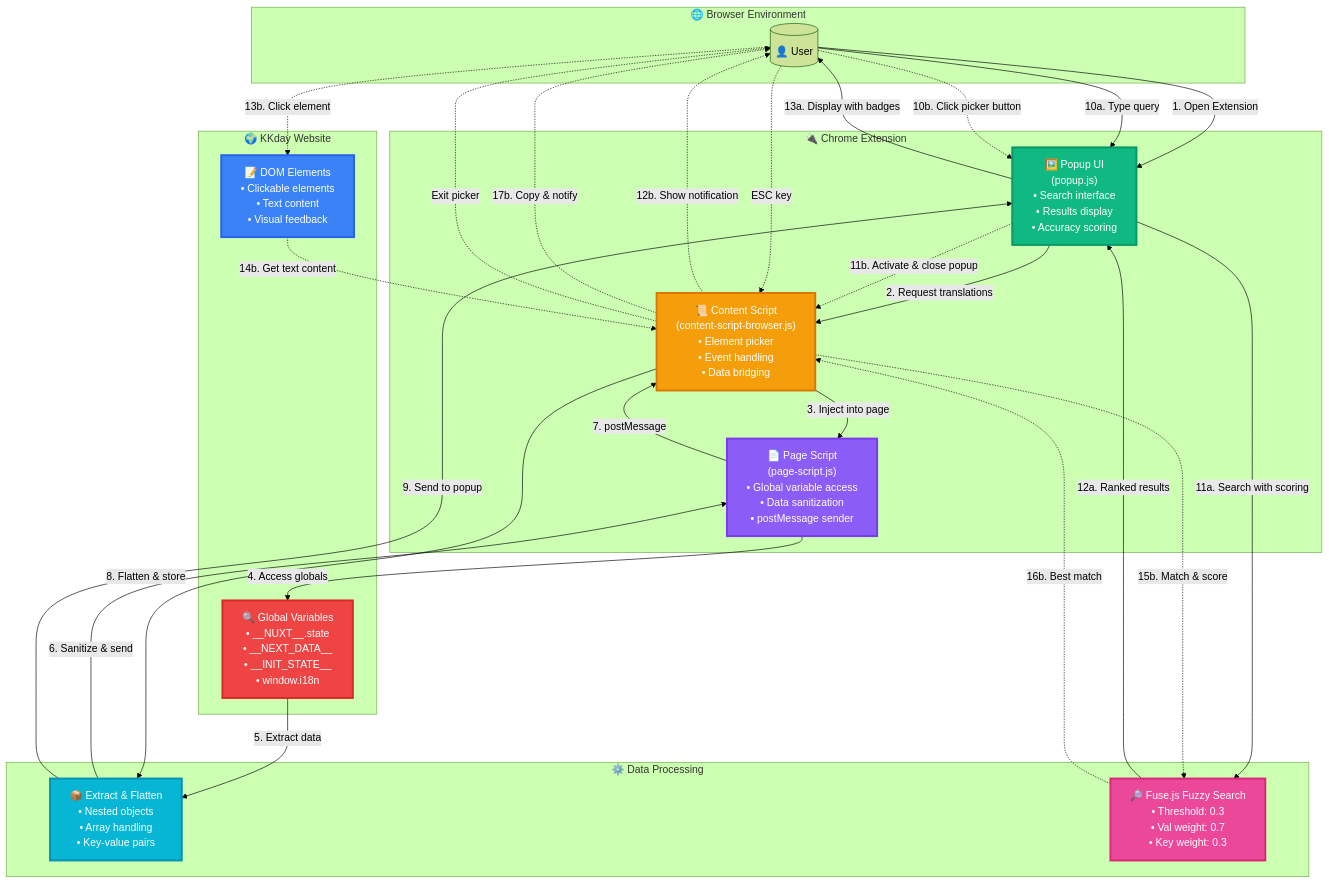
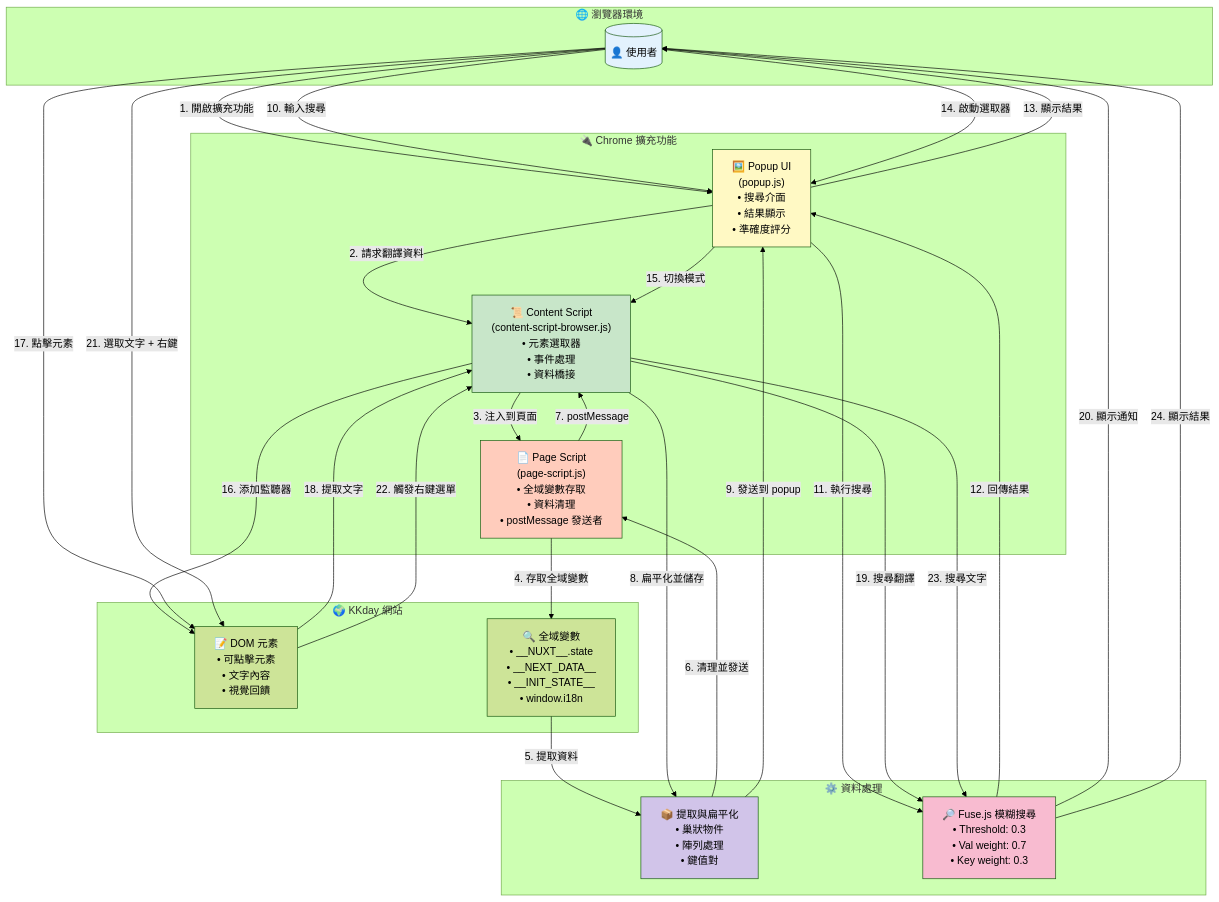
Before and after one commit to b12031106/kkday-lang-key-finder: the diagram in README.md, drawn with Mermaid (forest theme). The commit also changed other lines of this file, not shown here.

````diff
--- a/README.md
+++ b/README.md
@@ -86,61 +86,61 @@
 ```mermaid
 flowchart TB
-    subgraph Browser["🌐 Browser Environment"]
-        User[("👤 User")]
+    subgraph Browser["🌐 瀏覽器環境"]
+        User[("👤 使用者")]
     end
 
-    subgraph Extension["🔌 Chrome Extension"]
-        Popup["🖼️ Popup UI<br/>(popup.js)<br/>• Search interface<br/>• Results display<br/>• Accuracy scoring"]
-        ContentScript["📜 Content Script<br/>(content-script-browser.js)<br/>• Element picker<br/>• Event handling<br/>• Data bridging"]
-        PageScript["📄 Page Script<br/>(page-script.js)<br/>• Global variable access<br/>• Data sanitization<br/>• postMessage sender"]
+    subgraph Extension["🔌 Chrome 擴充功能"]
+        Popup["🖼️ Popup UI<br/>(popup.js)<br/>• 搜尋介面<br/>• 結果顯示<br/>• 準確度評分"]
+        ContentScript["📜 Content Script<br/>(content-script-browser.js)<br/>• 元素選取器<br/>• 事件處理<br/>• 資料橋接"]
+        PageScript["📄 Page Script<br/>(page-script.js)<br/>• 全域變數存取<br/>• 資料清理<br/>• postMessage 發送者"]
     end
 
-    subgraph Website["🌍 KKday Website"]
-        DOM["📝 DOM Elements<br/>• Clickable elements<br/>• Text content<br/>• Visual feedback"]
-        GlobalVars["🔍 Global Variables<br/>• __NUXT__.state<br/>• __NEXT_DATA__<br/>• __INIT_STATE__<br/>• window.i18n"]
+    subgraph Website["🌍 KKday 網站"]
+        DOM["📝 DOM 元素<br/>• 可點擊元素<br/>• 文字內容<br/>• 視覺回饋"]
+        GlobalVars["🔍 全域變數<br/>• __NUXT__.state<br/>• __NEXT_DATA__<br/>• __INIT_STATE__<br/>• window.i18n"]
     end
 
-    subgraph Processing["⚙️ Data Processing"]
-        Extract["📦 Extract & Flatten<br/>• Nested objects<br/>• Array handling<br/>• Key-value pairs"]
-        Search["🔎 Fuse.js Fuzzy Search<br/>• Threshold: 0.3<br/>• Val weight: 0.7<br/>• Key weight: 0.3"]
+    subgraph Processing["⚙️ 資料處理"]
+        Extract["📦 提取與扁平化<br/>• 巢狀物件<br/>• 陣列處理<br/>• 鍵值對"]
+        Search["🔎 Fuse.js 模糊搜尋<br/>• Threshold: 0.3<br/>• Val weight: 0.7<br/>• Key weight: 0.3"]
     end
 
-    %% Main Flow
-    User -->|"1. Open Extension"| Popup
-    Popup -->|"2. Request translations"| ContentScript
-    ContentScript -->|"3. Inject into page"| PageScript
-    PageScript -->|"4. Access globals"| GlobalVars
-    GlobalVars -->|"5. Extract data"| Extract
-    Extract -->|"6. Sanitize & send"| PageScript
+    %% 主要流程
+    User -->|"1. 開啟擴充功能"| Popup
+    Popup -->|"2. 請求翻譯資料"| ContentScript
+    ContentScript -->|"3. 注入到頁面"| PageScript
+    PageScript -->|"4. 存取全域變數"| GlobalVars
+    GlobalVars -->|"5. 提取資料"| Extract
+    Extract -->|"6. 清理並發送"| PageScript
     PageScript -->|"7. postMessage"| ContentScript
-    ContentScript -->|"8. Flatten & store"| Extract
-    Extract -->|"9. Send to popup"| Popup
+    ContentScript -->|"8. 扁平化並儲存"| Extract
+    Extract -->|"9. 發送到 popup"| Popup
 
-    %% Search Flow
-    User -->|"10a. Type query"| Popup
-    Popup -->|"11a. Search with scoring"| Search
-    Search -->|"12a. Ranked results"| Popup
-    Popup -->|"13a. Display with badges"| User
+    %% 搜尋流程
+    User -->|"10. 輸入搜尋"| Popup
+    Popup -->|"11. 執行搜尋"| Search
+    Search -->|"12. 回傳結果"| Popup
+    Popup -->|"13. 顯示結果"| User
 
-    %% Picker Flow
-    User -.->|"10b. Click picker button"| Popup
-    Popup -.->|"11b. Activate & close popup"| ContentScript
-    ContentScript -.->|"12b. Show notification"| User
-    User -.->|"13b. Click element"| DOM
-    DOM -.->|"14b. Get text content"| ContentScript
-    ContentScript -.->|"15b. Match & score"| Search
-    Search -.->|"16b. Best match"| ContentScript
-    ContentScript -.->|"17b. Copy & notify"| User
+    %% 元素選取流程
+    User -->|"14. 啟動選取器"| Popup
+    Popup -->|"15. 切換模式"| ContentScript
+    ContentScript -->|"16. 添加監聽器"| DOM
+    User -->|"17. 點擊元素"| DOM
+    DOM -->|"18. 提取文字"| ContentScript
+    ContentScript -->|"19. 搜尋翻譯"| Search
+    Search -->|"20. 顯示通知"| User
 
-    %% ESC to exit picker
-    User -.->|"ESC key"| ContentScript
-    ContentScript -.->|"Exit picker"| User
+    %% 右鍵選單流程
+    User -->|"21. 選取文字 + 右鍵"| DOM
+    DOM -->|"22. 觸發右鍵選單"| ContentScript
+    ContentScript -->|"23. 搜尋文字"| Search
+    Search -->|"24. 顯示結果"| User
 
-    style Popup fill:#10b981,stroke:#059669,color:#fff,stroke-width:3px
-    style ContentScript fill:#f59e0b,stroke:#d97706,color:#fff,stroke-width:3px
-    style PageScript fill:#8b5cf6,stroke:#7c3aed,color:#fff,stroke-width:3px
-    style DOM fill:#3b82f6,stroke:#2563eb,color:#fff,stroke-width:3px
-    style GlobalVars fill:#ef4444,stroke:#dc2626,color:#fff,stroke-width:3px
-    style Extract fill:#06b6d4,stroke:#0891b2,color:#fff,stroke-width:3px
-    style Search fill:#ec4899,stroke:#db2777,color:#fff,stroke-width:3px
+    style User fill:#e3f2fd
+    style Popup fill:#fff9c4
+    style ContentScript fill:#c8e6c9
+    style PageScript fill:#ffccbc
+    style Search fill:#f8bbd0
+    style Extract fill:#d1c4e9
 ```
````
